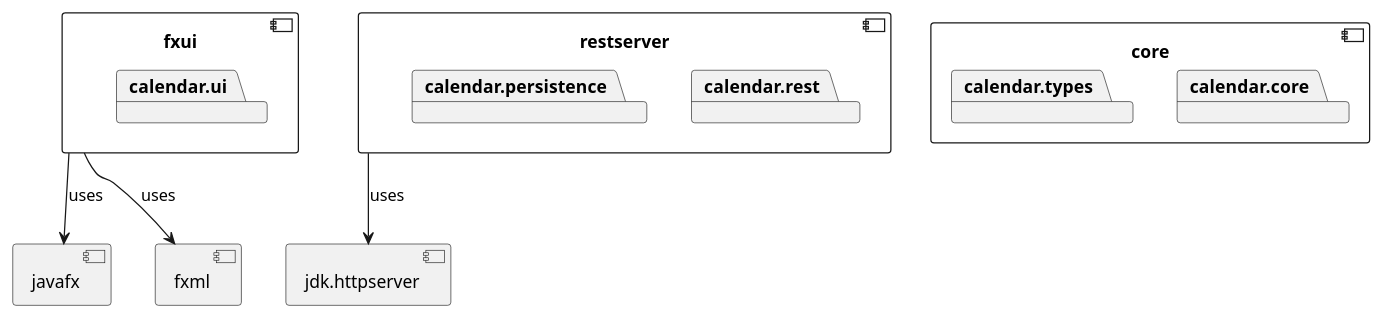
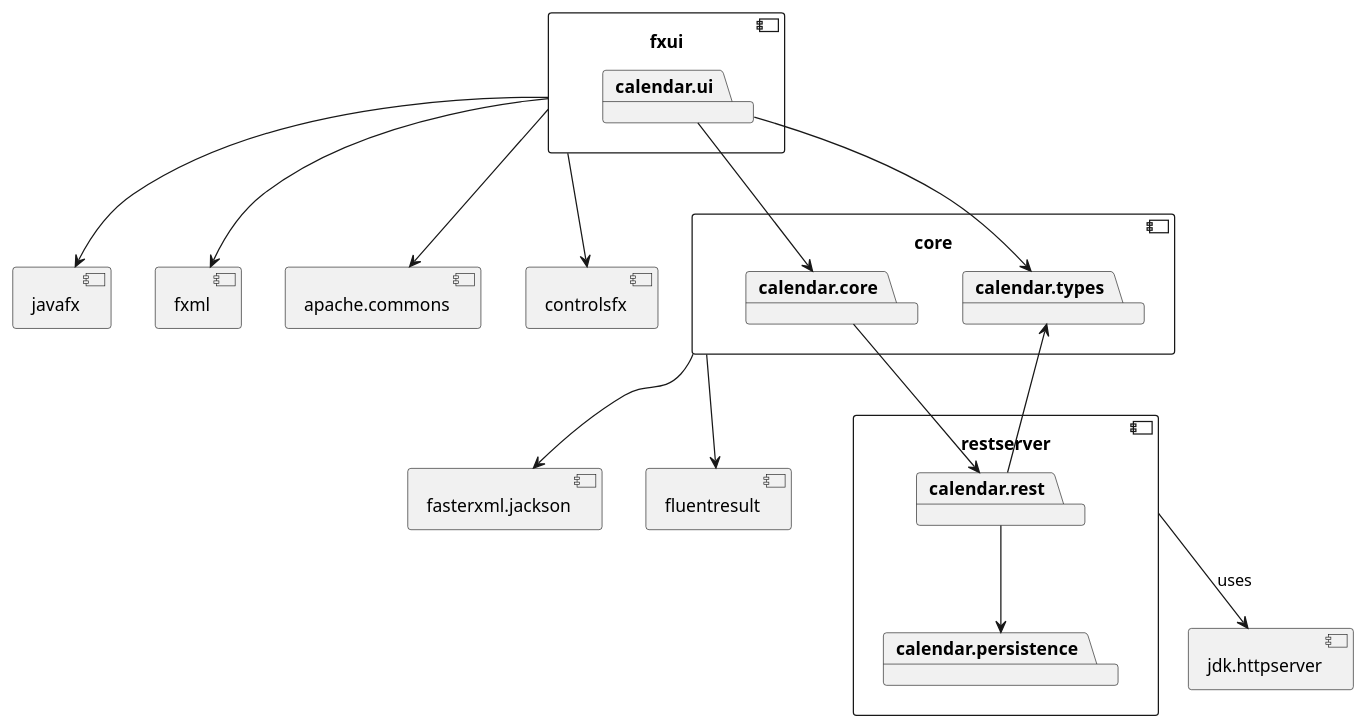
One commit to GnisterDev/JavaFX-Calendar changed the diagram in docs/images/diagrams/packageDiagram.plantuml. Above: the diagram before and after it, drawn with PlantUML.

Commit message:
package diagram

```diff
--- a/docs/images/diagrams/packageDiagram.plantuml
+++ b/docs/images/diagrams/packageDiagram.plantuml
@@ -1,51 +1,53 @@
 @startuml JavaFX Project Package Diagram
-
-
-
 
 component core {
     package "calendar.core" {
     }
 
     package "calendar.types" {
 
     }
 }
 
 component fxui {
     package "calendar.ui" {
 
     }
 }
 
-component restserver {
+component restserver  {
     package "calendar.rest" {
-
+        
     }
     package "calendar.persistence" {
 
     }
 }
 
 [javafx]
 [jdk.httpserver]
 [fxml]
+[fasterxml.jackson]
+[apache.commons]
+[controlsfx]
+[fluentresult]
 
+fxui --> fxml
+fxui --> controlsfx
+fxui --> apache.commons
+fxui --> javafx
 
-' [CoreService] -down-> [TypeA] : uses
-' [CoreService] -down-> [TypeB] : uses
-' [CoreController] --> [CoreService] : controls
-' [MainUI] --> [UIController] : interacts with
-' [UIController] --> [CoreService] : accesses
+core --> fluentresult
+core --> fasterxml.jackson
 
-' [RestService] --> [PersistenceManager] : interacts with
-' [RestController] --> [RestService] : provides
-' [PersistenceManager] --> [Entity] : manages
-' [DatabaseUtil] --> [PersistenceManager] : assists
-
-fxui --> javafx : uses
-fxui --> fxml : uses
 restserver --> jdk.httpserver : uses
 
+"calendar.ui" --> "calendar.core"
+"calendar.ui" --> "calendar.types"
+
+"calendar.core" --> "calendar.rest"
+
+"calendar.rest" --> "calendar.types"
+"calendar.rest" --> "calendar.persistence"
 
 @enduml
```
